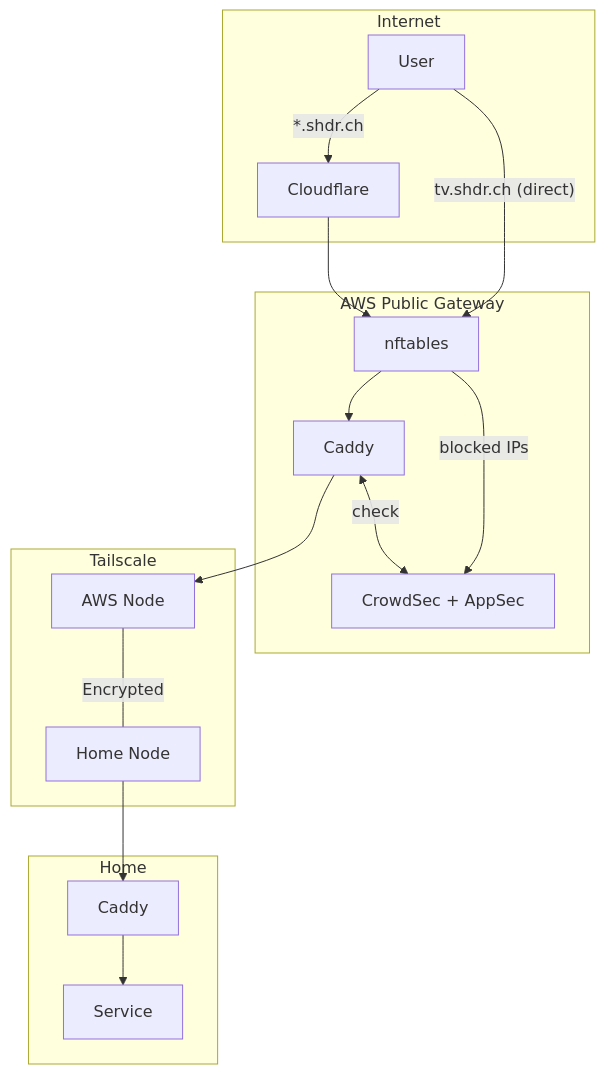
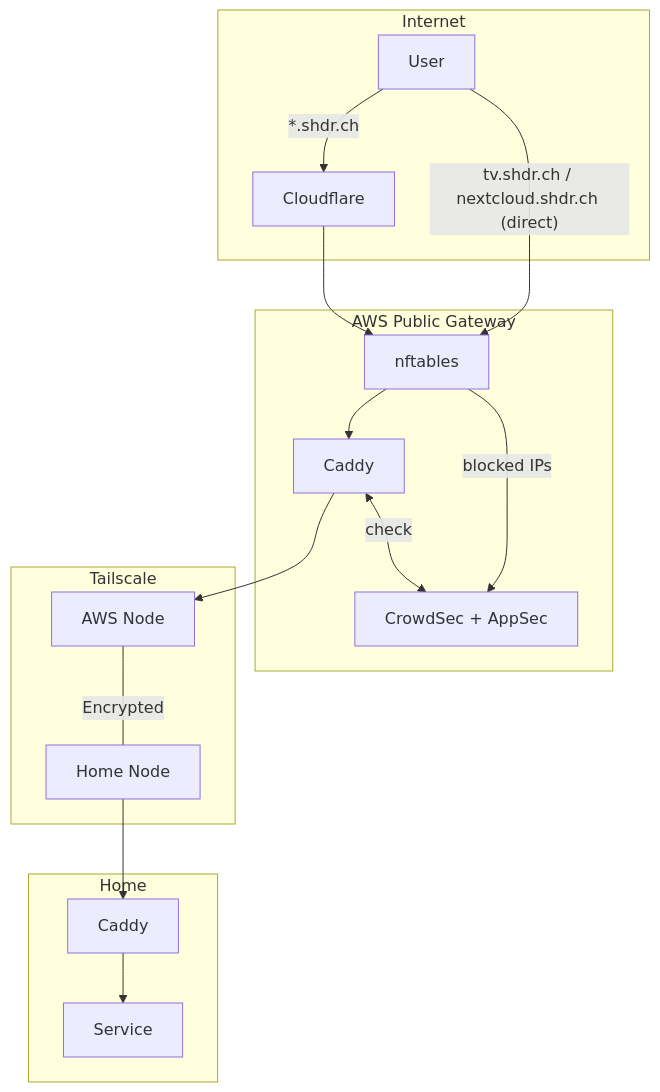
The third of 4 diagrams in docs/networking.md (shedrachokonofua/aether), drawn with Mermaid before and after one commit. The commit also changed 6 other files, not shown here.

````diff
--- a/docs/networking.md
+++ b/docs/networking.md
@@ -156,34 +156,34 @@
 ```mermaid
 graph TB
     subgraph Internet
         User[User]
         CF[Cloudflare]
     end
 
     subgraph AWS["AWS Public Gateway"]
         NFT[nftables]
         CAD1[Caddy]
         CS[CrowdSec + AppSec]
     end
 
     subgraph Tailscale
         TS1[AWS Node]
         TS2[Home Node]
     end
 
     subgraph Home
         CAD2[Caddy]
         SVC[Service]
     end
 
     User -->|"*.shdr.ch"| CF
-    User -->|"tv.shdr.ch (direct)"| NFT
+    User -->|"tv.shdr.ch / nextcloud.shdr.ch (direct)"| NFT
     CF --> NFT
     NFT -->|blocked IPs| CS
     NFT --> CAD1
     CAD1 <-->|check| CS
     CAD1 --> TS1
     TS1 ---|Encrypted| TS2
     TS2 --> CAD2
     CAD2 --> SVC
 ```
````
